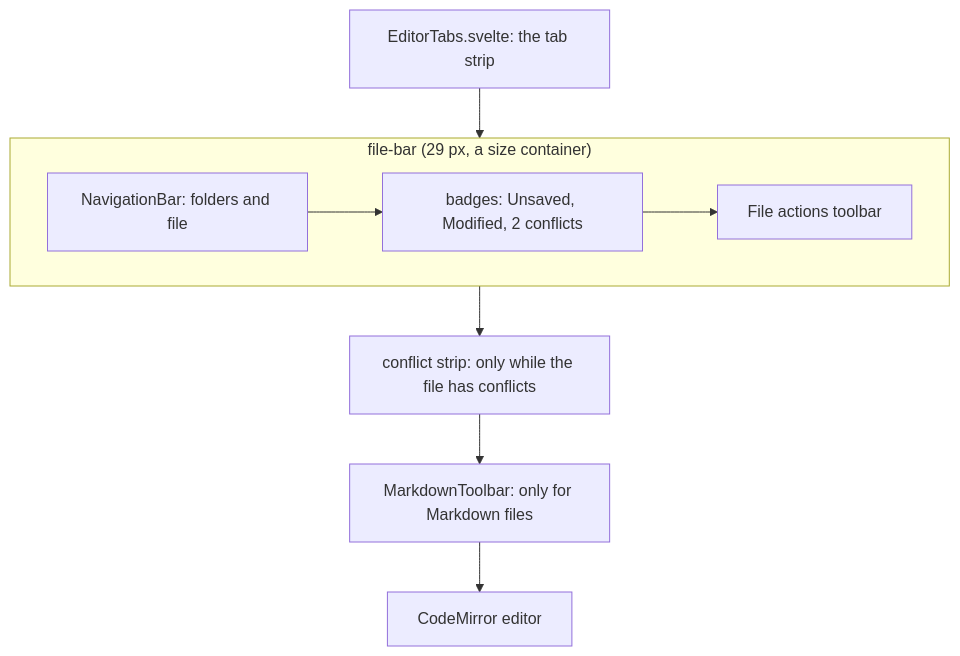
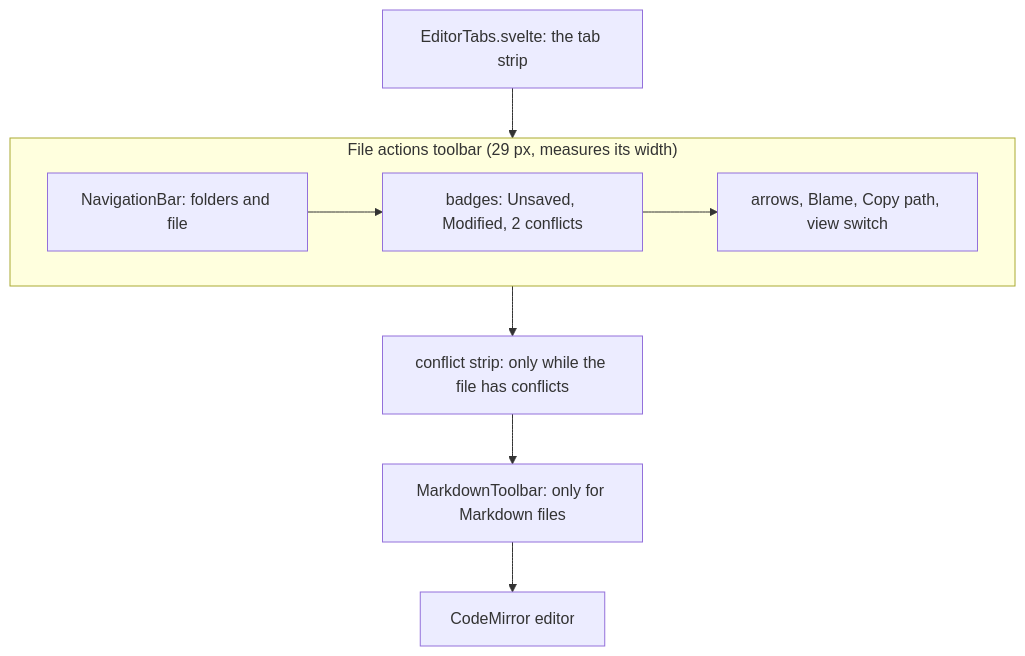
One commit to shibbirweb/git-manager changed the diagram in docs/wiki/developer/How-the-Path-Bar-Works.md. Above: the diagram before and after it, drawn with Mermaid. The commit also changed other lines of this file and 453 other files, not shown here.

````diff
--- a/docs/wiki/developer/How-the-Path-Bar-Works.md
+++ b/docs/wiki/developer/How-the-Path-Bar-Works.md
@@ -13,12 +13,12 @@
 ```mermaid
 flowchart TD
   Tabs["EditorTabs.svelte: the tab strip"] --> Bar
-  subgraph Bar["file-bar (29 px, a size container)"]
+  subgraph Bar["File actions toolbar (29 px, measures its width)"]
     direction LR
     Crumbs["NavigationBar: folders and file"] --> Badges["badges: Unsaved, Modified, 2 conflicts"]
-    Badges --> Actions["File actions toolbar"]
+    Badges --> Actions["arrows, Blame, Copy path, view switch"]
   end
   Bar --> Conflict["conflict strip: only while the file has conflicts"]
   Conflict --> Format["MarkdownToolbar: only for Markdown files"]
   Format --> Code["CodeMirror editor"]
 ```
````
